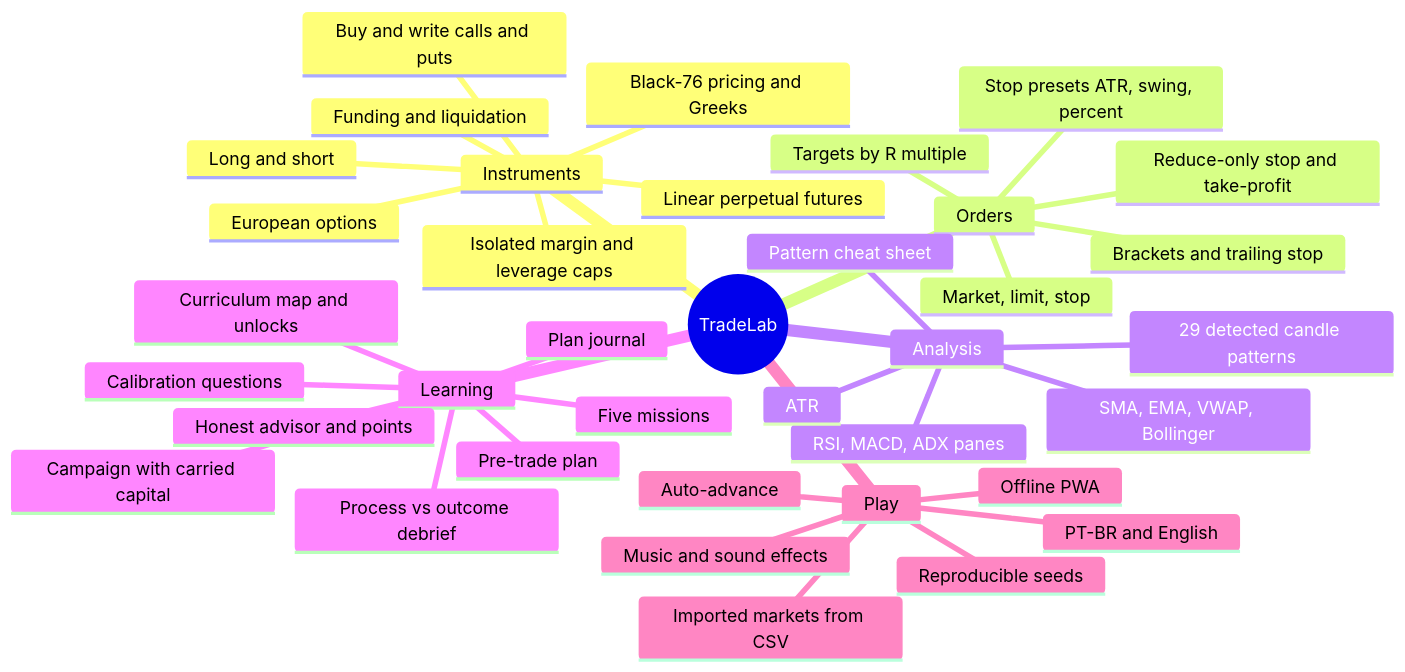
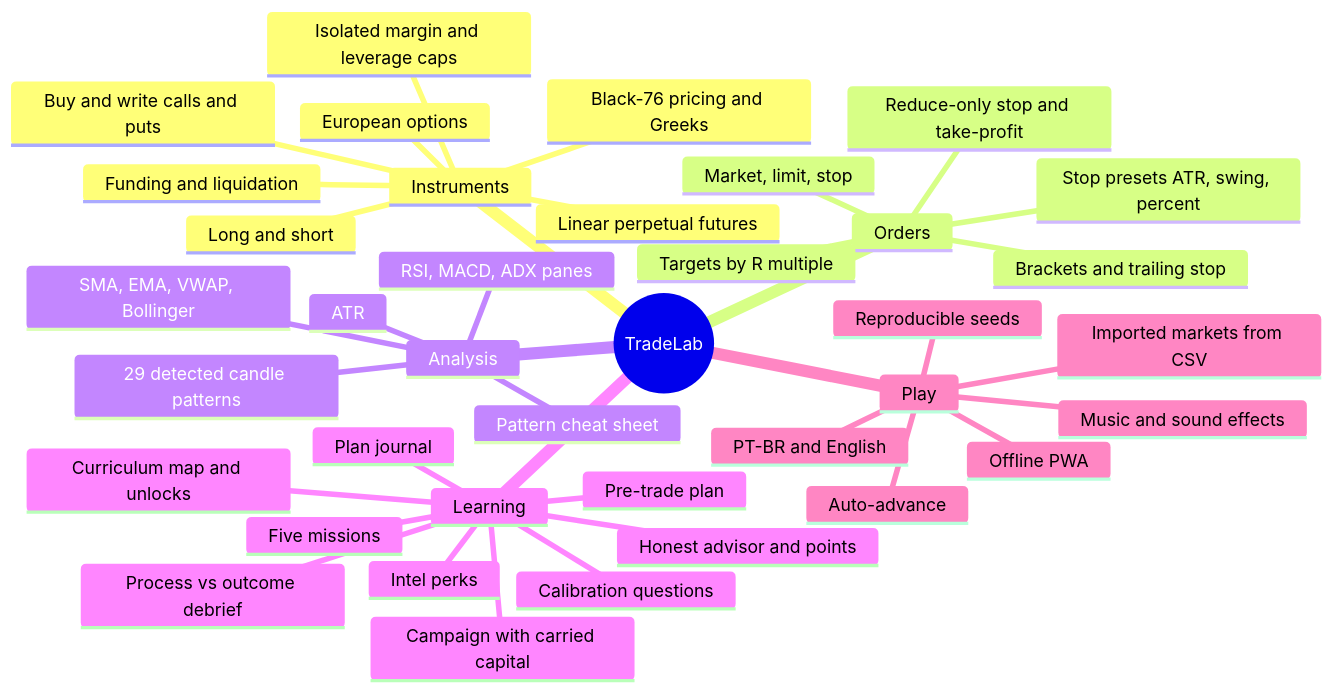
Before and after one commit to CyberdyneCorp/trading-game: the first of 7 diagrams in README.md, drawn with Mermaid. The commit also changed other lines of this file and 39 other files, not shown here.

First line of the commit message:
Intel perks: economic calendar and fast wire, server replay with start options

````diff
--- a/README.md
+++ b/README.md
@@ -45,40 +45,41 @@
 ```mermaid
 mindmap
   root((TradeLab))
     Instruments
       Linear perpetual futures
       Long and short
       Isolated margin and leverage caps
       Funding and liquidation
       European options
       Buy and write calls and puts
       Black-76 pricing and Greeks
     Orders
       Market, limit, stop
       Reduce-only stop and take-profit
       Brackets and trailing stop
       Stop presets ATR, swing, percent
       Targets by R multiple
     Analysis
       SMA, EMA, VWAP, Bollinger
       RSI, MACD, ADX panes
       ATR
       29 detected candle patterns
       Pattern cheat sheet
     Learning
       Five missions
       Campaign with carried capital
       Curriculum map and unlocks
       Plan journal
       Honest advisor and points
+      Intel perks
       Pre-trade plan
       Calibration questions
       Process vs outcome debrief
     Play
       Auto-advance
       Music and sound effects
       Offline PWA
       Imported markets from CSV
       PT-BR and English
       Reproducible seeds
 ```
````
